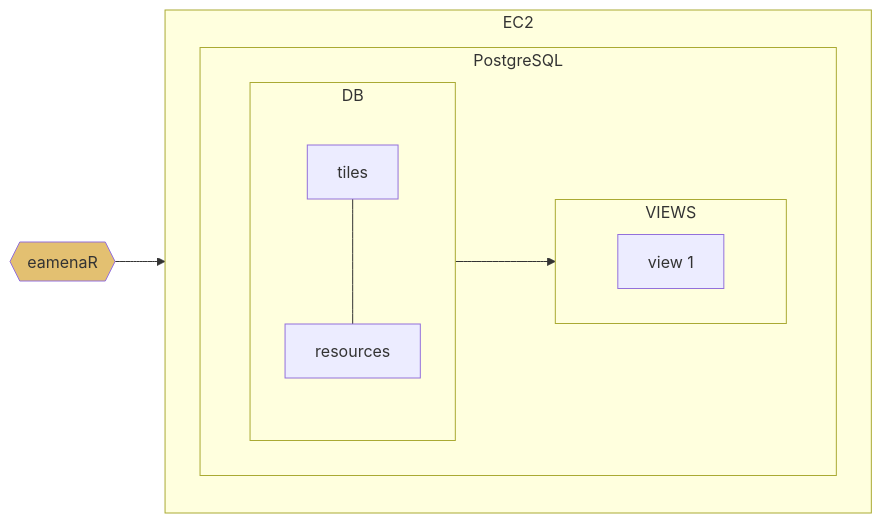
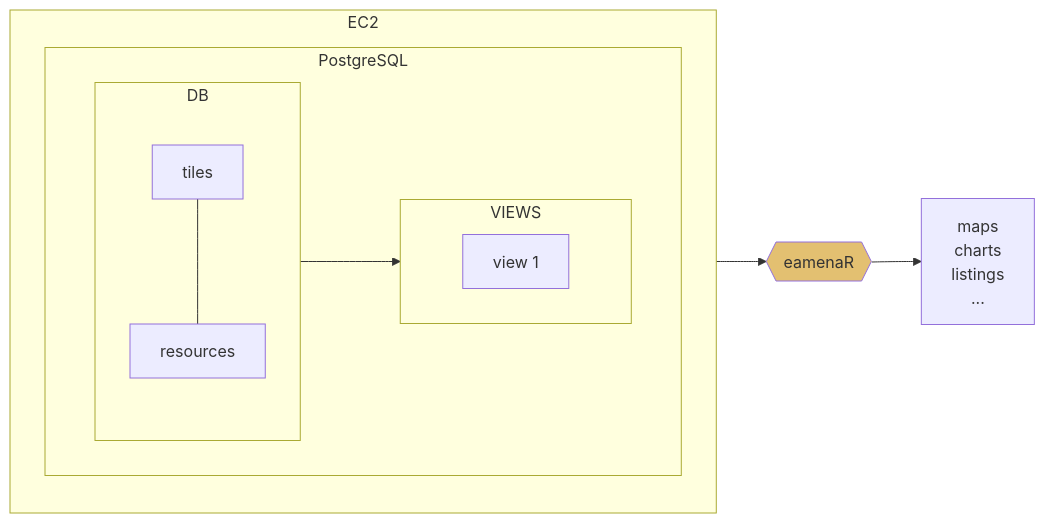
One commit to eamena-project/eamena-arches-dev changed the third of 5 diagrams in dev/README.md. Above: the diagram before and after it, drawn with Mermaid.

Commit message:
views diagram

````diff
--- a/dev/README.md
+++ b/dev/README.md
@@ -40,20 +40,21 @@
 ```mermaid
 flowchart LR
   subgraph EC2
     direction TB
     subgraph PostgreSQL
         direction LR
         subgraph DB
             direction TB
             A[tiles] --- B[resources]
         end
         subgraph VIEWS
             direction LR
             C[view 1]
         end
     end
   end
   DB --> VIEWS
-  D{{eamenaR}}:::eamenaRpkg --> VIEWS
+  VIEWS --> D{{eamenaR}}:::eamenaRpkg
+  D --> E[maps<br>charts<br>listings<br>...]
   classDef eamenaRpkg fill:#e3c071
 ```
````
